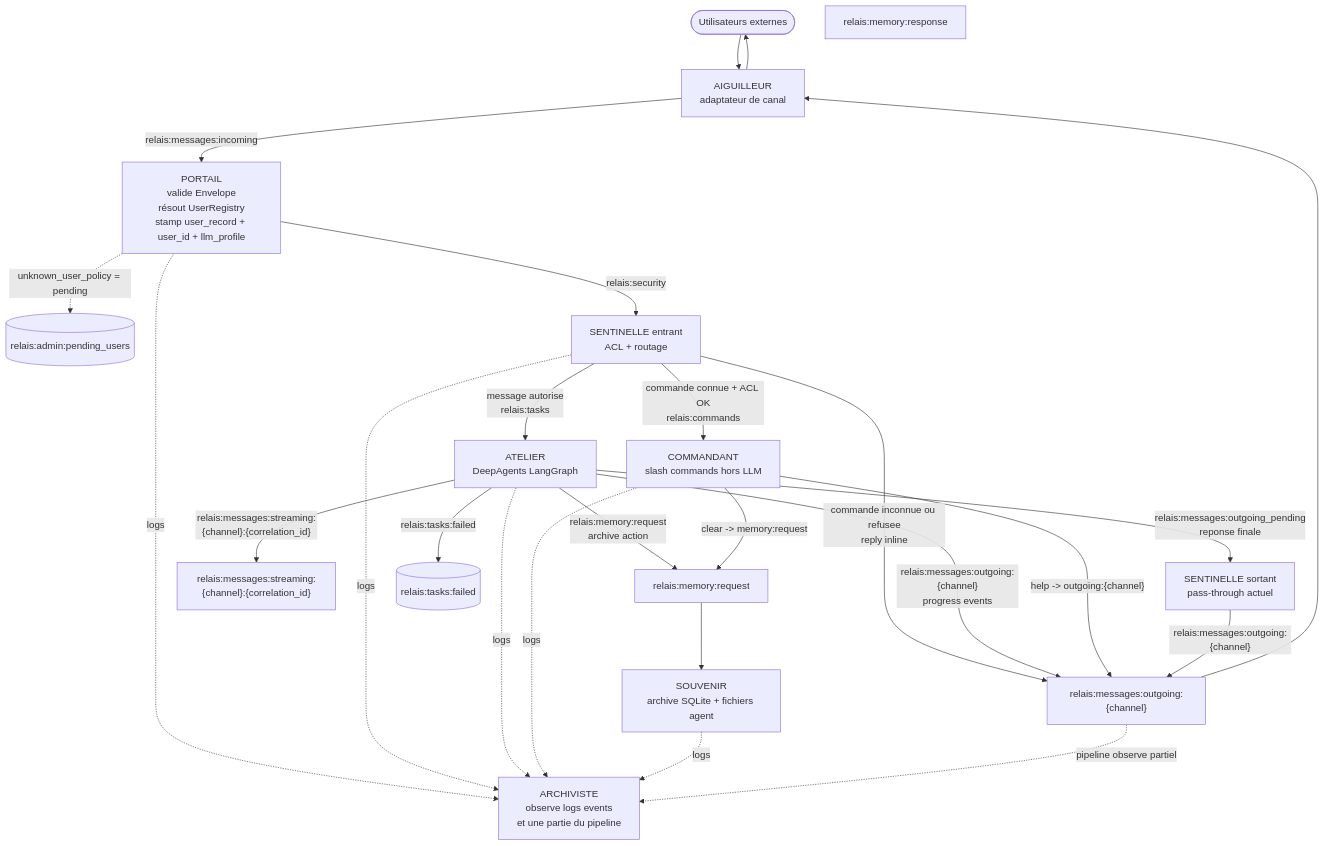
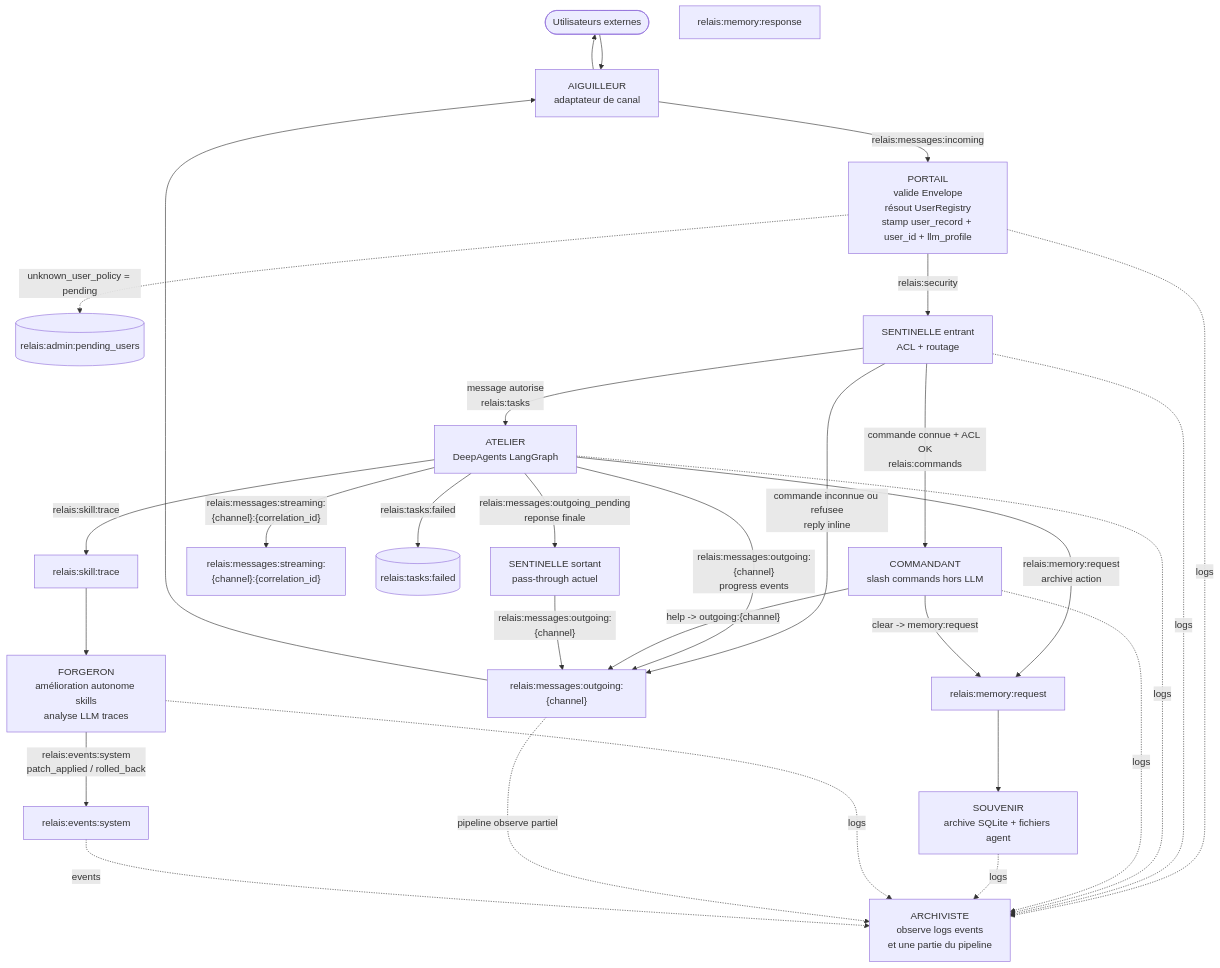
The diagram in README.md (cyberbobjr/relais), drawn with Mermaid before and after one commit. The commit also changed other lines of this file and 15 other files, not shown here.

````diff
--- a/README.md
+++ b/README.md
@@ -27,49 +28,58 @@
 ```mermaid
 flowchart TD
     USERS([Utilisateurs externes])
   AIG["AIGUILLEUR<br/>adaptateur de canal"]
   PORTAIL["PORTAIL<br/>valide Envelope<br/>résout UserRegistry<br/>stamp user_record + user_id + llm_profile"]
     PENDING[(relais:admin:pending_users)]
   SENT_IN["SENTINELLE entrant<br/>ACL + routage"]
   ATELIER["ATELIER<br/>DeepAgents LangGraph"]
   COMMANDANT["COMMANDANT<br/>slash commands hors LLM"]
   SOUVENIR["SOUVENIR<br/>archive SQLite + fichiers agent"]
   SENT_OUT["SENTINELLE sortant<br/>pass-through actuel"]
     OUT["relais:messages:outgoing:{channel}"]
     STREAM["relais:messages:streaming:{channel}:{correlation_id}"]
     MEM_REQ[relais:memory:request]
     MEM_RES[relais:memory:response]
     DLQ[(relais:tasks:failed)]
     ARCHIVISTE["ARCHIVISTE<br/>observe logs events<br/>et une partie du pipeline"]
+    FORGERON["FORGERON<br/>amélioration autonome skills<br/>analyse LLM traces"]
+    SKILL_TRACE[relais:skill:trace]
+    EVENTS_SYS[relais:events:system]
 
     USERS --> AIG
     AIG -->|"relais:messages:incoming"| PORTAIL
 
     PORTAIL -->|"relais:security"| SENT_IN
     PORTAIL -.->|"unknown_user_policy = pending"| PENDING
 
     SENT_IN -->|"message autorise<br/>relais:tasks"| ATELIER
     SENT_IN -->|"commande connue + ACL OK<br/>relais:commands"| COMMANDANT
     SENT_IN -->|"commande inconnue ou refusee<br/>reply inline"| OUT
 
     ATELIER -->|"relais:messages:streaming:{channel}:{correlation_id}"| STREAM
     ATELIER -->|"relais:messages:outgoing_pending<br/>reponse finale"| SENT_OUT
     ATELIER -->|"relais:messages:outgoing:{channel}<br/>progress events"| OUT
     ATELIER -->|"relais:memory:request<br/>archive action"| MEM_REQ
     ATELIER -->|"relais:tasks:failed"| DLQ
 
     COMMANDANT -->|"help -> outgoing:{channel}"| OUT
     COMMANDANT -->|"clear -> memory:request"| MEM_REQ
     MEM_REQ --> SOUVENIR
 
     SENT_OUT -->|"relais:messages:outgoing:{channel}"| OUT
     OUT --> AIG
     AIG --> USERS
 
+    ATELIER -->|"relais:skill:trace"| SKILL_TRACE
+    SKILL_TRACE --> FORGERON
+    FORGERON -->|"relais:events:system<br/>patch_applied / rolled_back"| EVENTS_SYS
+
     PORTAIL -. logs .-> ARCHIVISTE
     SENT_IN -. logs .-> ARCHIVISTE
     ATELIER -. logs .-> ARCHIVISTE
     COMMANDANT -. logs .-> ARCHIVISTE
     SOUVENIR -. logs .-> ARCHIVISTE
+    FORGERON -. logs .-> ARCHIVISTE
     OUT -. pipeline observe partiel .-> ARCHIVISTE
+    EVENTS_SYS -. events .-> ARCHIVISTE
 ```
````
